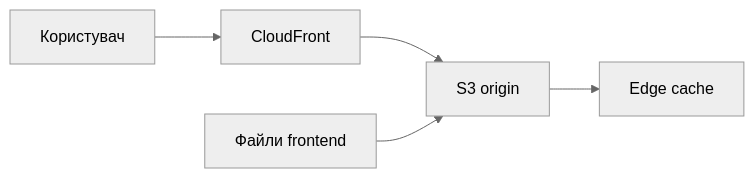
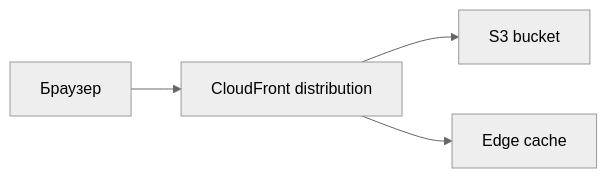
One commit to rossogamata/tasp243 changed the second of 3 diagrams in Lesson1_4/README.md. Above: the diagram before and after it, drawn with Mermaid (neutral theme). The commit also changed other lines of this file and 6 other files, not shown here.

````diff
--- a/Lesson1_4/README.md
+++ b/Lesson1_4/README.md
@@ -14,7 +30,6 @@
 ```mermaid
 flowchart LR
-    User[Користувач] --> CDN[CloudFront]
-    CDN --> S3[S3 origin]
-    Repo[Файли frontend] --> S3
-    S3 --> Cache[Edge cache]
+    Browser[Браузер] --> CF[CloudFront distribution]
+    CF --> Origin[S3 bucket]
+    CF --> Edge[Edge cache]
 ```
````
